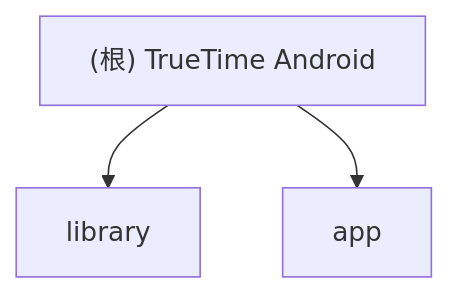
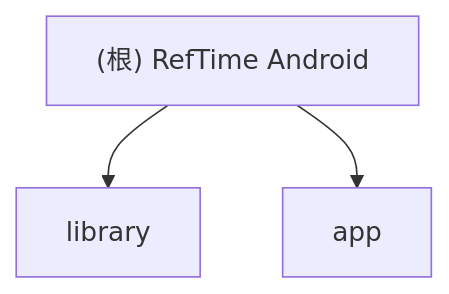
The diagram in CLAUDE.md (yangwuan55/RefTime), drawn with Mermaid before and after one commit. The commit also changed other lines of this file and 10 other files, not shown here.

First line of the commit message:
refactor: rename TrueTime to RefTime throughout the project

````diff
--- a/CLAUDE.md
+++ b/CLAUDE.md
@@ -9,8 +9,8 @@
 ```mermaid
 graph TD
-    A["(根) TrueTime Android"] --> B["library"];
+    A["(根) RefTime Android"] --> B["library"];
     A --> C["app"];
     
     click B "./library/CLAUDE.md" "查看 library 模块文档"
     click C "./app/CLAUDE.md" "查看 app 模块文档"
 ```
````
